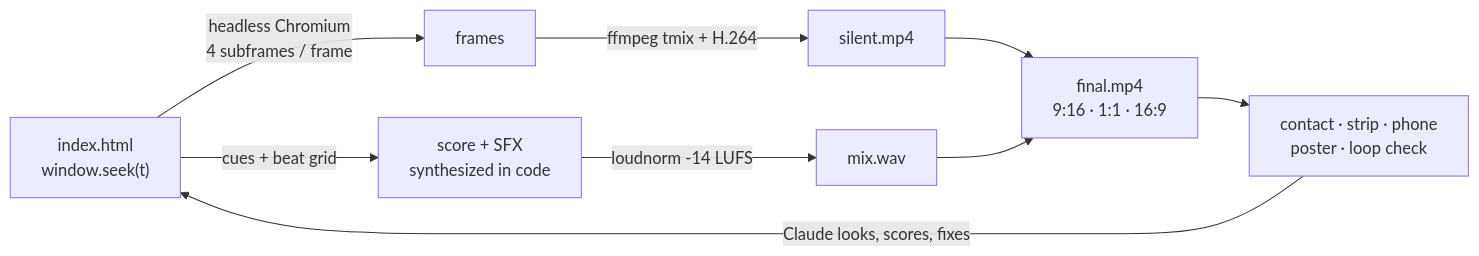
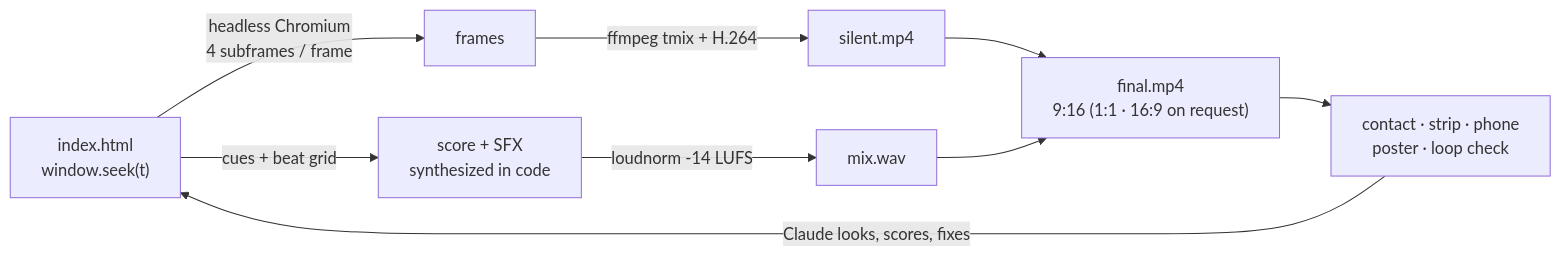
Before and after one commit to QasimTalkin/Ai-Motion-Studio: the diagram in README.md, drawn with Mermaid. The commit also changed other lines of this file and 35 other files, not shown here.

````diff
--- a/README.md
+++ b/README.md
@@ -81,11 +78,11 @@
 ```mermaid
 flowchart LR
   A["index.html<br/>window.seek(t)"] -->|headless Chromium<br/>4 subframes / frame| B["frames"]
   B -->|ffmpeg tmix + H.264| C["silent.mp4"]
   A -->|cues + beat grid| D["score + SFX<br/>synthesized in code"]
   D -->|loudnorm -14 LUFS| E["mix.wav"]
-  C --> F["final.mp4<br/>9:16 · 1:1 · 16:9"]
+  C --> F["final.mp4<br/>9:16 (1:1 · 16:9 on request)"]
   E --> F
   F --> G["contact · strip · phone<br/>poster · loop check"]
   G -->|Claude looks, scores, fixes| A
 ```
````
